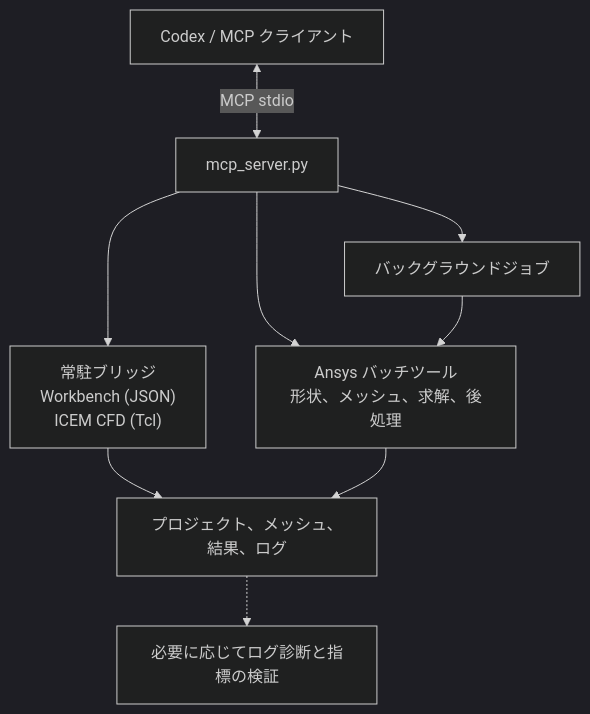
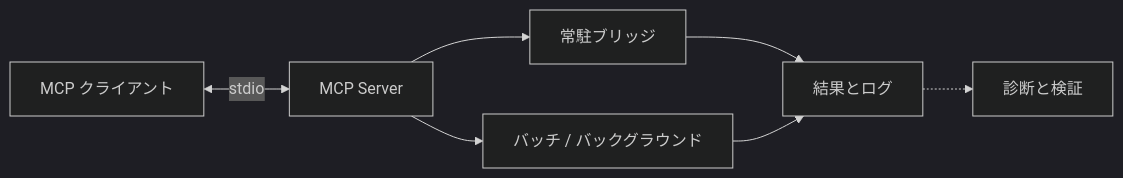
One commit to hongwenwang36-eng/ANSYS-Workbench-mcp changed the diagram in README.ja.md. Above: the diagram before and after it, drawn with Mermaid (dark theme). The commit also changed other lines of this file and 4 other files, not shown here.

Commit message:
docs: compact workflow diagrams and localize Fluent FSI example

````diff
--- a/README.ja.md
+++ b/README.ja.md
@@ -51,11 +53,9 @@
 ```mermaid
-flowchart TD
-    Client["Codex / MCP クライアント"] <-->|MCP stdio| Server["mcp_server.py"]
-    Server --> Live["常駐ブリッジ<br/>Workbench (JSON)<br/>ICEM CFD (Tcl)"]
-    Server --> Batch["Ansys バッチツール<br/>形状、メッシュ、求解、後処理"]
-    Server --> Jobs["バックグラウンドジョブ"]
-    Jobs --> Batch
-    Live --> Output["プロジェクト、メッシュ、結果、ログ"]
+flowchart LR
+    Client["MCP クライアント"] <-->|stdio| Server["MCP Server"]
+    Server --> Live["常駐ブリッジ"]
+    Server --> Batch["バッチ / バックグラウンド"]
+    Live --> Output["結果とログ"]
     Batch --> Output
-    Output -.-> Checks["必要に応じてログ診断と指標の検証"]
+    Output -.-> Checks["診断と検証"]
 ```
````
